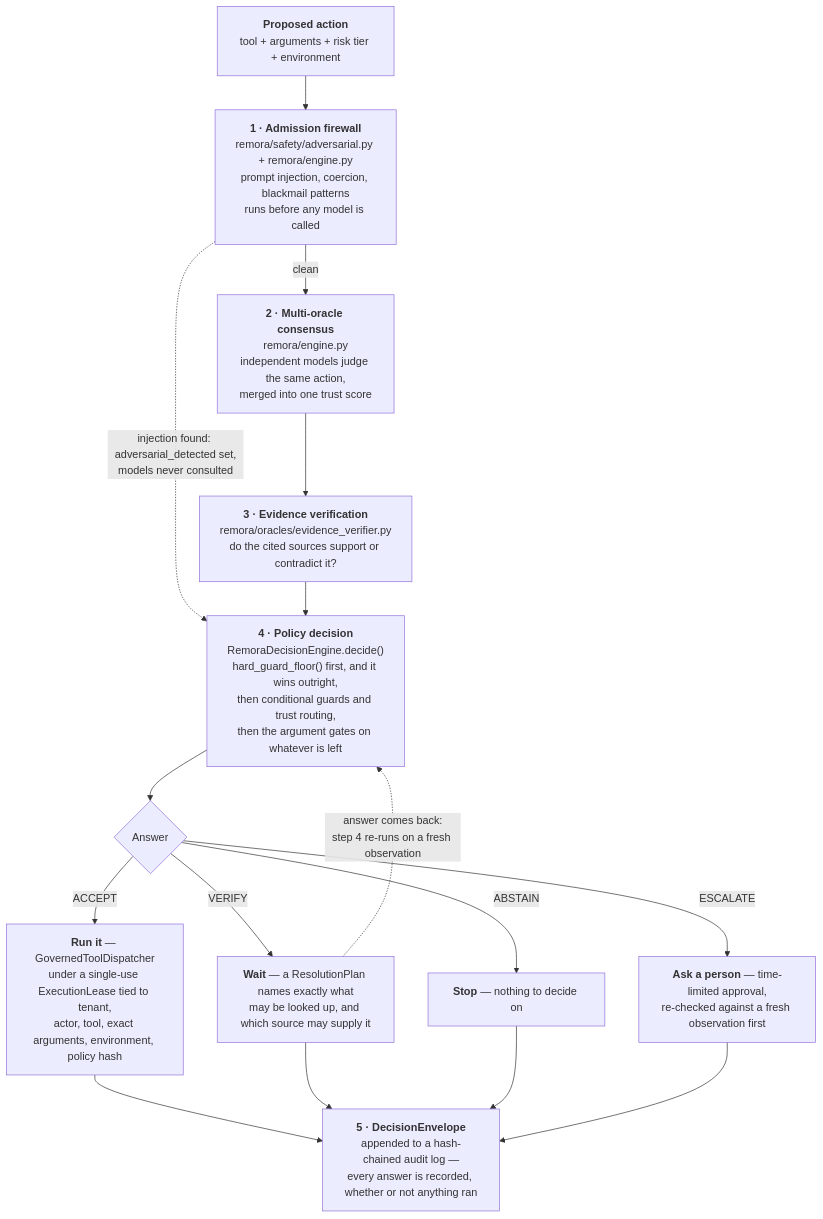
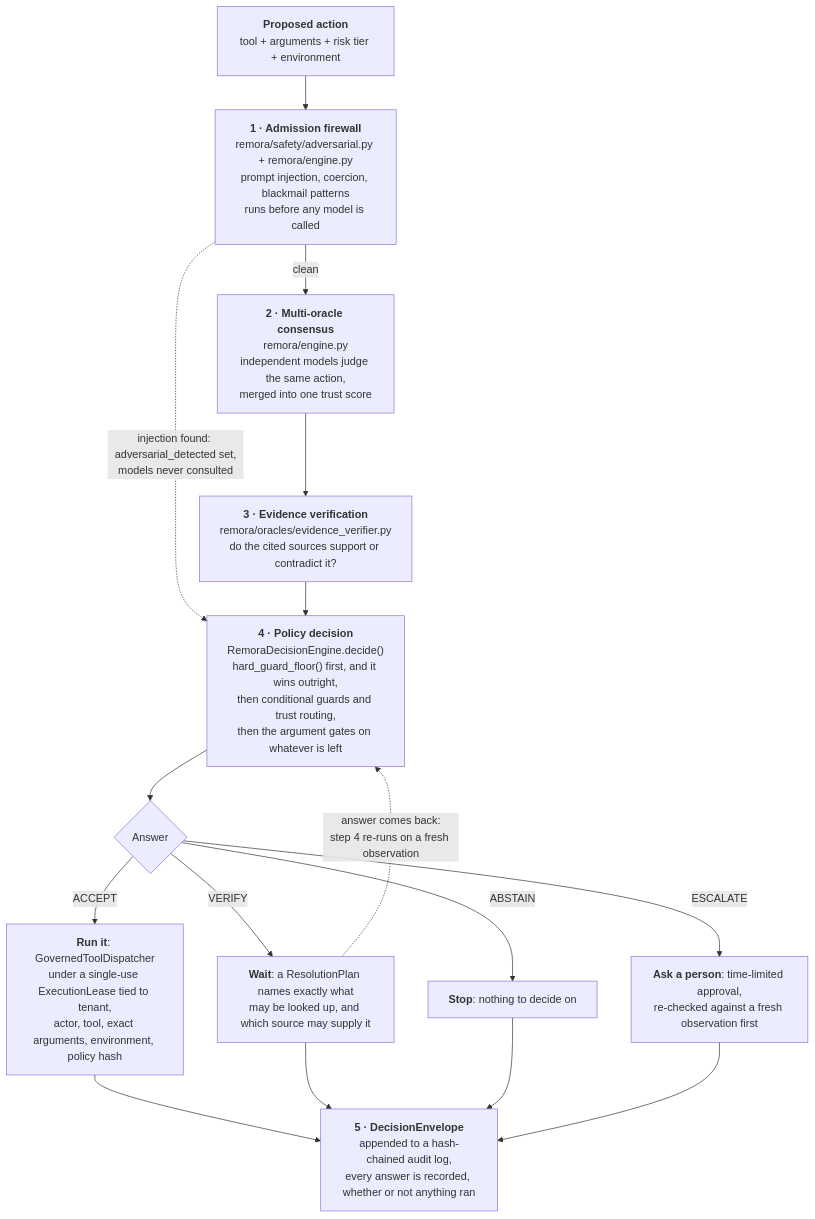
The diagram in README.md (darklordVirtual/REMORA-research), drawn with Mermaid before and after one commit. The commit also changed other lines of this file and 2 other files, not shown here.

First line of the commit message:
docs: fix three ARCHITECTURE errors, cut em-dashes, drop a stray note

````diff
--- a/README.md
+++ b/README.md
@@ -81,20 +81,20 @@
 ```mermaid
 flowchart TD
     A["<b>Proposed action</b><br/>tool + arguments + risk tier + environment"] --> B
     B["<b>1 · Admission firewall</b><br/>remora/safety/adversarial.py + remora/engine.py<br/>prompt injection, coercion, blackmail patterns<br/>runs before any model is called"]
     B -->|"clean"| C
     B -.->|"injection found: adversarial_detected set,<br/>models never consulted"| E
     C["<b>2 · Multi-oracle consensus</b><br/>remora/engine.py<br/>independent models judge the same action,<br/>merged into one trust score"] --> D
     D["<b>3 · Evidence verification</b><br/>remora/oracles/evidence_verifier.py<br/>do the cited sources support or contradict it?"] --> E
     E["<b>4 · Policy decision</b><br/>RemoraDecisionEngine.decide()<br/>hard_guard_floor() first, and it wins outright,<br/>then conditional guards and trust routing,<br/>then the argument gates on whatever is left"]
     E --> F{"Answer"}
-    F -->|ACCEPT| G["<b>Run it</b> — GovernedToolDispatcher<br/>under a single-use ExecutionLease tied to tenant,<br/>actor, tool, exact arguments, environment, policy hash"]
-    F -->|VERIFY| H["<b>Wait</b> — a ResolutionPlan names exactly what<br/>may be looked up, and which source may supply it"]
-    F -->|ABSTAIN| I["<b>Stop</b> — nothing to decide on"]
-    F -->|ESCALATE| J["<b>Ask a person</b> — time-limited approval,<br/>re-checked against a fresh observation first"]
+    F -->|ACCEPT| G["<b>Run it</b>: GovernedToolDispatcher<br/>under a single-use ExecutionLease tied to tenant,<br/>actor, tool, exact arguments, environment, policy hash"]
+    F -->|VERIFY| H["<b>Wait</b>: a ResolutionPlan names exactly what<br/>may be looked up, and which source may supply it"]
+    F -->|ABSTAIN| I["<b>Stop</b>: nothing to decide on"]
+    F -->|ESCALATE| J["<b>Ask a person</b>: time-limited approval,<br/>re-checked against a fresh observation first"]
     H -.->|"answer comes back:<br/>step 4 re-runs on a fresh observation"| E
-    G --> K["<b>5 · DecisionEnvelope</b><br/>appended to a hash-chained audit log —<br/>every answer is recorded, whether or not anything ran"]
+    G --> K["<b>5 · DecisionEnvelope</b><br/>appended to a hash-chained audit log,<br/>every answer is recorded, whether or not anything ran"]
     H --> K
     I --> K
     J --> K
 ```
````
